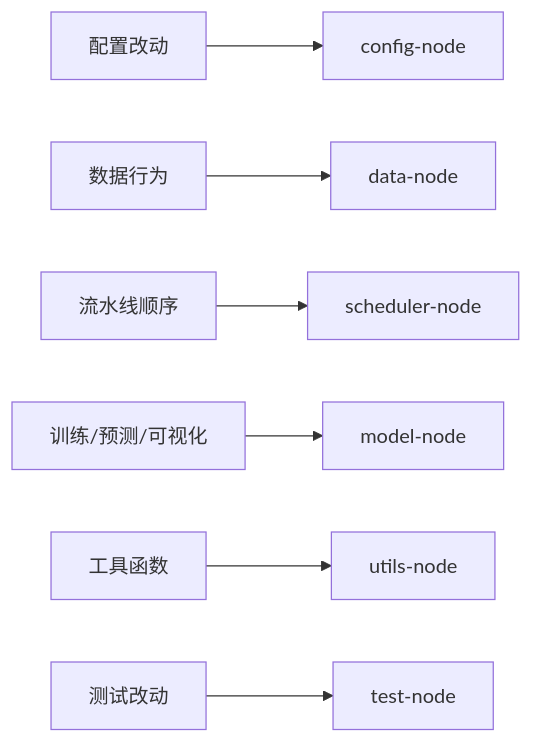
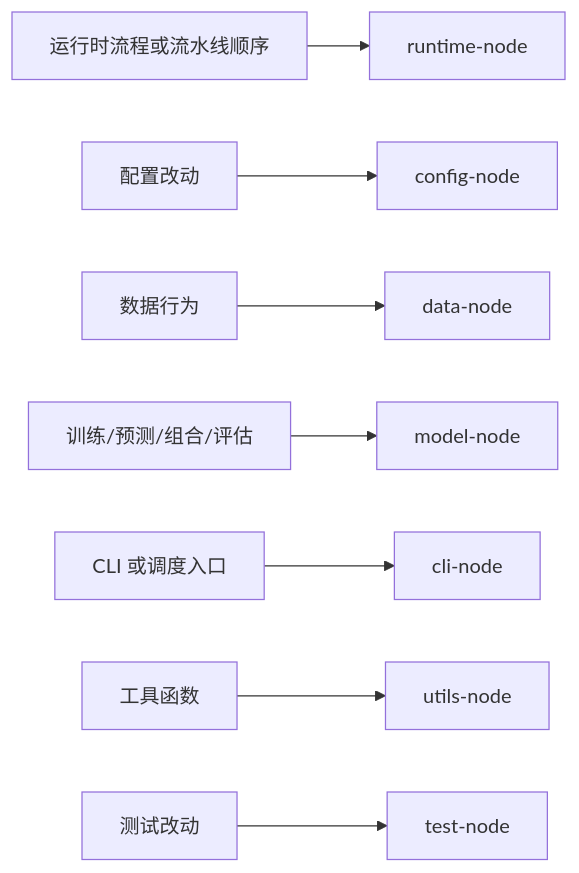
One commit to RyanTsi/quant changed the diagram in docs/navigation-docs/module-index_zh.md. Above: the diagram before and after it, drawn with Mermaid. The commit also changed other lines of this file and 116 other files, not shown here.

````diff
--- a/docs/navigation-docs/module-index_zh.md
+++ b/docs/navigation-docs/module-index_zh.md
@@ -20,9 +20,10 @@
 ```mermaid
 graph LR
-    A[配置改动] --> B[config-node]
-    C[数据行为] --> D[data-node]
-    E[流水线顺序] --> F[scheduler-node]
-    G[训练/预测/可视化] --> H[model-node]
-    I[工具函数] --> J[utils-node]
-    K[测试改动] --> L[test-node]
+    A[运行时流程或流水线顺序] --> B[runtime-node]
+    C[配置改动] --> D[config-node]
+    E[数据行为] --> F[data-node]
+    G[训练/预测/组合/评估] --> H[model-node]
+    I[CLI 或调度入口] --> J[cli-node]
+    K[工具函数] --> L[utils-node]
+    M[测试改动] --> N[test-node]
 ```
````
